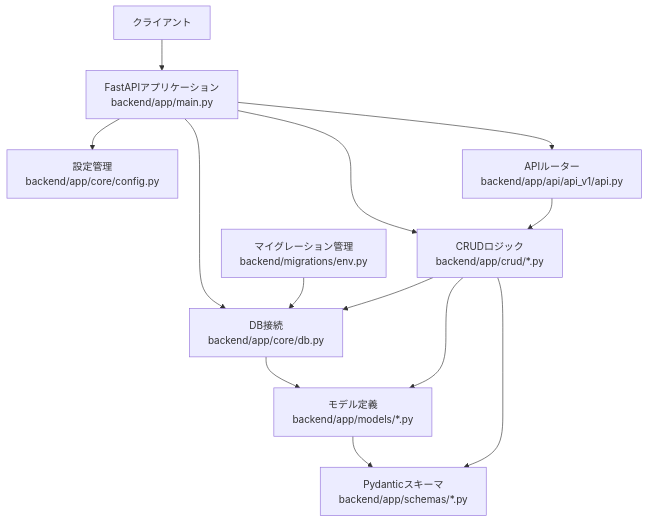
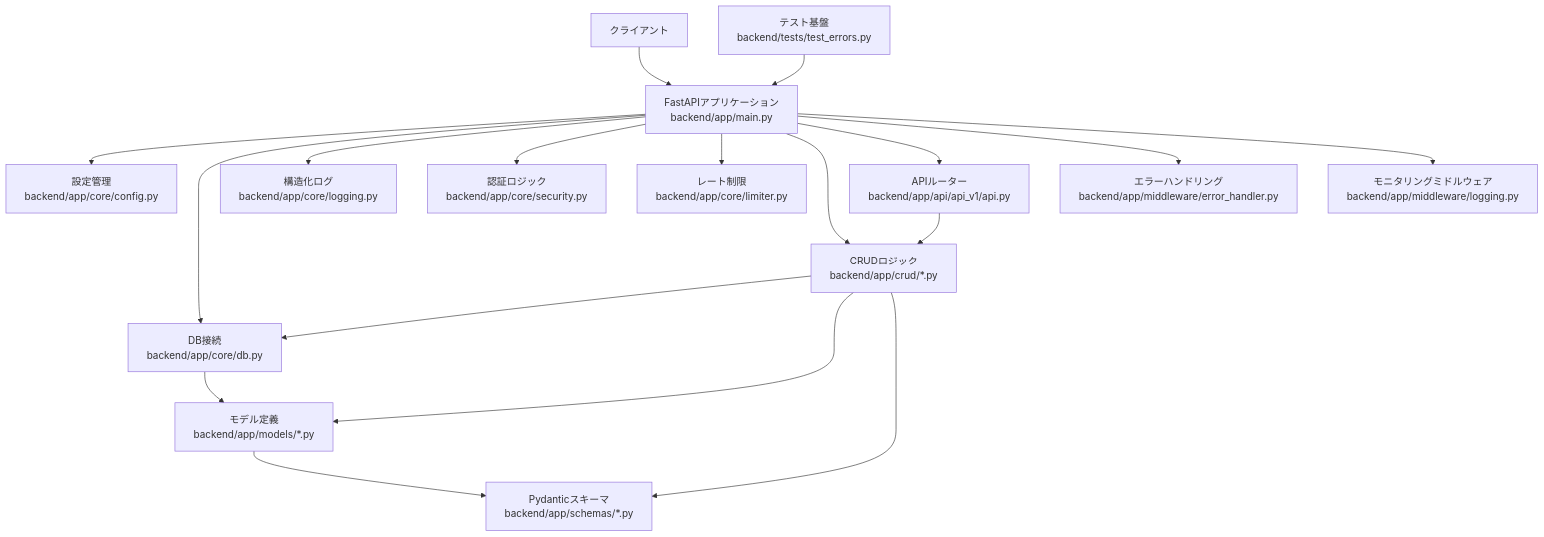
The second of 3 diagrams in .qoder/repowiki/ja/content/バックエンド開発.md (ss8806/Todos), drawn with Mermaid before and after one commit. The commit also changed other lines of this file and 6 other files, not shown here.

````diff
--- a/.qoder/repowiki/ja/content/バックエンド開発.md
+++ b/.qoder/repowiki/ja/content/バックエンド開発.md
@@ -169,24 +221,34 @@
 ```mermaid
 graph TB
 CLIENT["クライアント"]
 MAIN["FastAPIアプリケーション<br/>backend/app/main.py"]
 CONFIG["設定管理<br/>backend/app/core/config.py"]
 DB["DB接続<br/>backend/app/core/db.py"]
+LOGGING["構造化ログ<br/>backend/app/core/logging.py"]
+SECURITY["認証ロジック<br/>backend/app/core/security.py"]
+LIMITER["レート制限<br/>backend/app/core/limiter.py"]
 MODELS["モデル定義<br/>backend/app/models/*.py"]
 SCHEMAS["Pydanticスキーマ<br/>backend/app/schemas/*.py"]
 CRUD["CRUDロジック<br/>backend/app/crud/*.py"]
 API["APIルーター<br/>backend/app/api/api_v1/api.py"]
-MIGRATIONS["マイグレーション管理<br/>backend/migrations/env.py"]
+ERROR_HANDLER["エラーハンドリング<br/>backend/app/middleware/error_handler.py"]
+LOGGING_MW["モニタリングミドルウェア<br/>backend/app/middleware/logging.py"]
+TESTS["テスト基盤<br/>backend/tests/test_errors.py"]
 CLIENT --> MAIN
 MAIN --> CONFIG
 MAIN --> DB
+MAIN --> LOGGING
+MAIN --> SECURITY
+MAIN --> LIMITER
 MAIN --> CRUD
 MAIN --> API
+MAIN --> ERROR_HANDLER
+MAIN --> LOGGING_MW
 CRUD --> DB
 CRUD --> MODELS
 CRUD --> SCHEMAS
 DB --> MODELS
 MODELS --> SCHEMAS
 API --> CRUD
-MIGRATIONS --> DB
+TESTS --> MAIN
 ```
````
